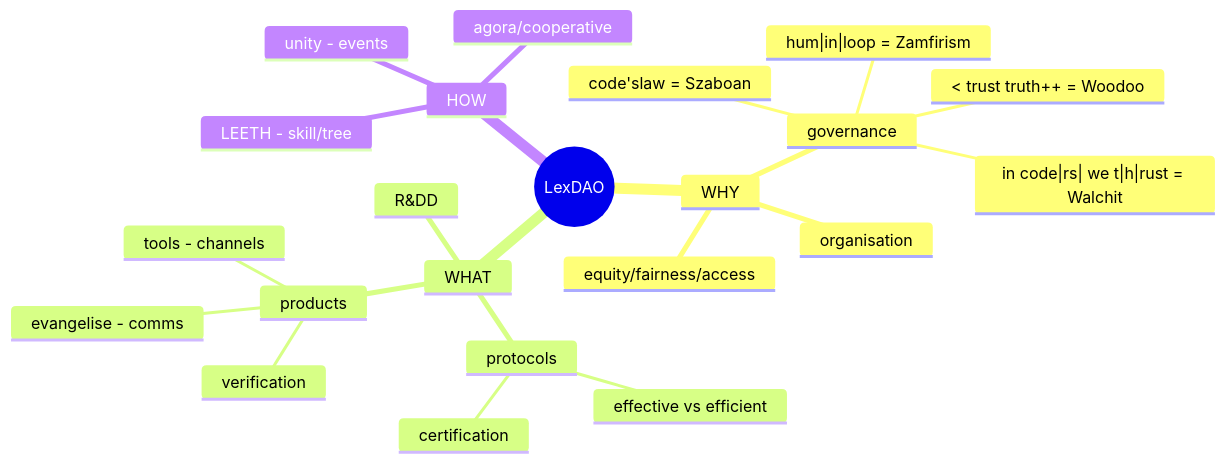
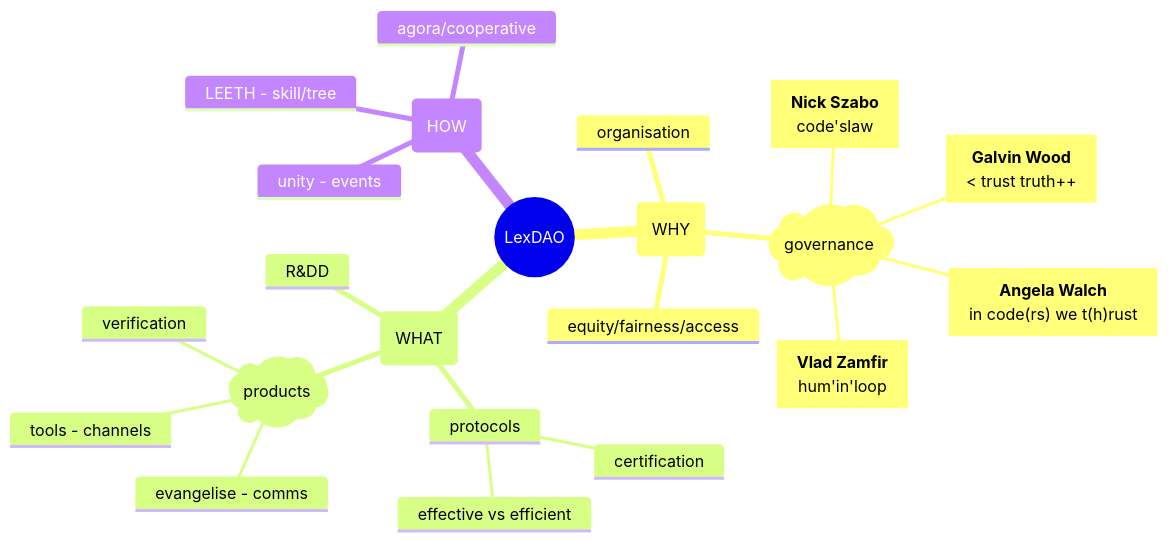
Before and after one commit to lexDAO/LexDAO-Constitution: the diagram in Translation/Spanish/README_en.md, drawn with Mermaid. The commit also changed other lines of this file, not shown here.

Commit message:
Update README_en.md
Fixed up the mindmap

````diff
--- a/Translation/Spanish/README_en.md
+++ b/Translation/Spanish/README_en.md
@@ -40,25 +40,29 @@
 ```mermaid
 mindmap
   root((LexDAO))
-    WHY
+    eye1(WHY)
       organisation
       equity/fairness/access
-      governance
-        code'slaw = Szaboan
-        < trust truth++ = Woodoo
-        in code|rs| we t|h|rust = Walchit
-        hum|in|loop = Zamfirism
-    WHAT
+      )governance(
+        Szaboan["**Nick Szabo**
+code'slaw"]
+        Walchit["**Angela Walch**
+in code(rs) we t(h)rust"]
+        woodoo["**Galvin Wood**
+< trust truth++"]
+        Zamfirism["**Vlad Zamfir**
+hum'in'loop"]
+    mut8(WHAT)
       R&DD
       protocols
         effective vs efficient
         certification
-      products
+      )products(
         evangelise - comms
         tools - channels
         verification
-    HOW
+    how2(HOW)
       unity - events
       LEETH - skill/tree
       agora/cooperative
 ```  
````
